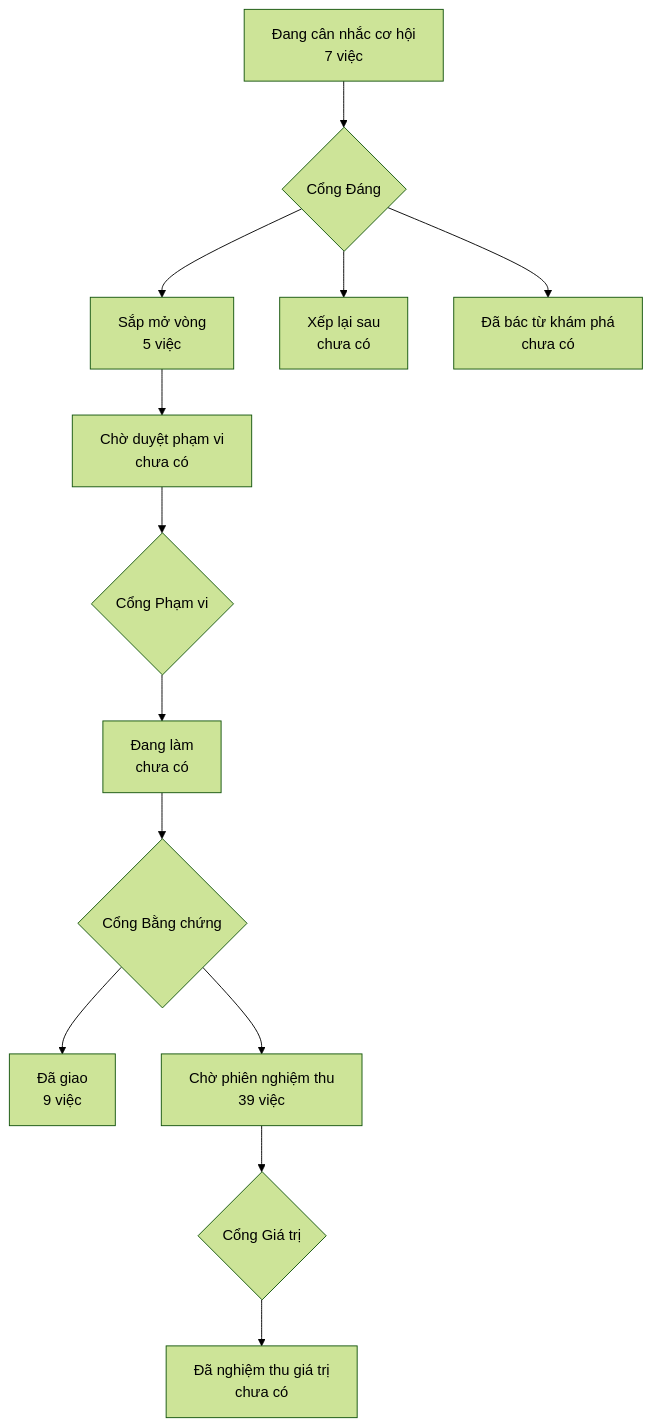
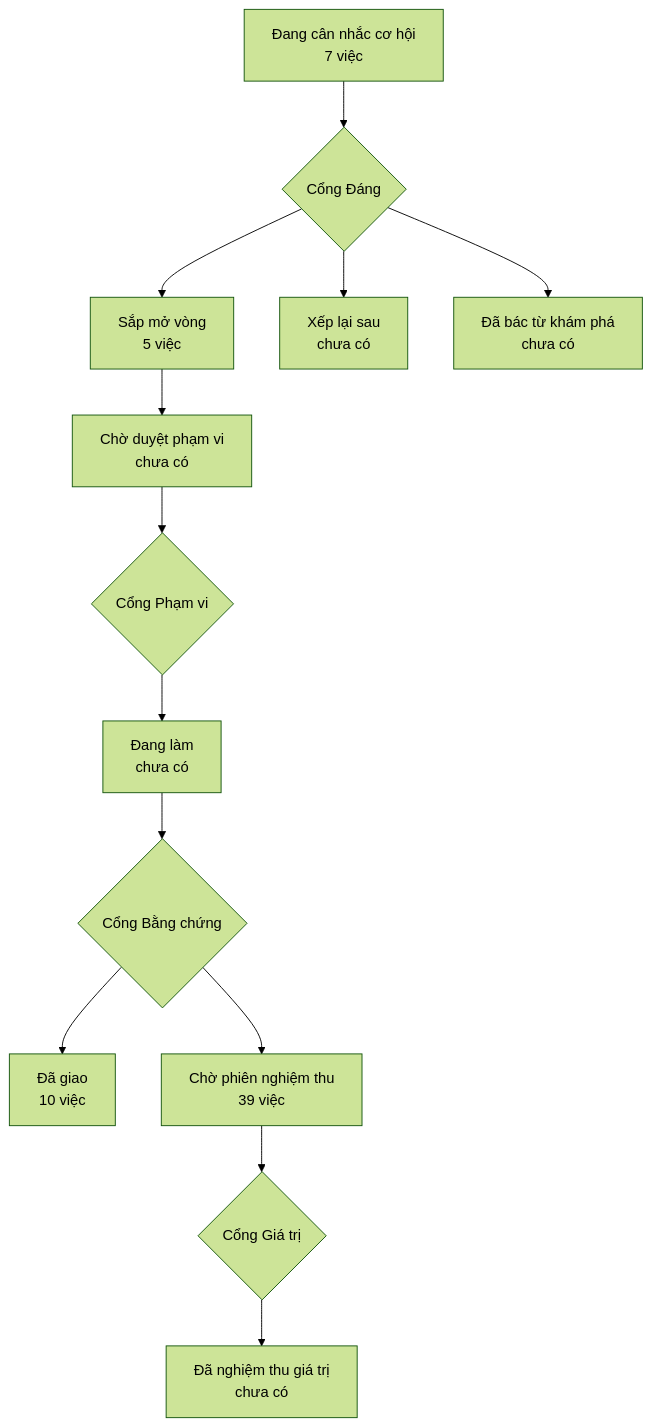
The diagram in PRODUCT-MAP.md (phanlemanh/onehub-quy-hang), drawn with Mermaid (forest theme) before and after one commit. The commit also changed other lines of this file and 1 other file, not shown here.

Commit message:
chore(lo-trinh): vẽ lại bản đồ sau khi gộp main

````diff
--- a/PRODUCT-MAP.md
+++ b/PRODUCT-MAP.md
@@ -7,12 +7,12 @@
 ```mermaid
 flowchart TD
   A["Đang cân nhắc cơ hội<br/>7 việc"] --> GD{"Cổng Đáng"}
   GD --> B["Sắp mở vòng<br/>5 việc"]
   GD --> XL["Xếp lại sau<br/>chưa có"]
   GD --> DB["Đã bác từ khám phá<br/>chưa có"]
   B --> CD["Chờ duyệt phạm vi<br/>chưa có"] --> GP{"Cổng Phạm vi"}
   GP --> DL["Đang làm<br/>chưa có"] --> GB{"Cổng Bằng chứng"}
-  GB --> DG["Đã giao<br/>9 việc"]
+  GB --> DG["Đã giao<br/>10 việc"]
   GB --> CN["Chờ phiên nghiệm thu<br/>39 việc"] --> GG{"Cổng Giá trị"}
   GG --> NT["Đã nghiệm thu giá trị<br/>chưa có"]
 ```
````
